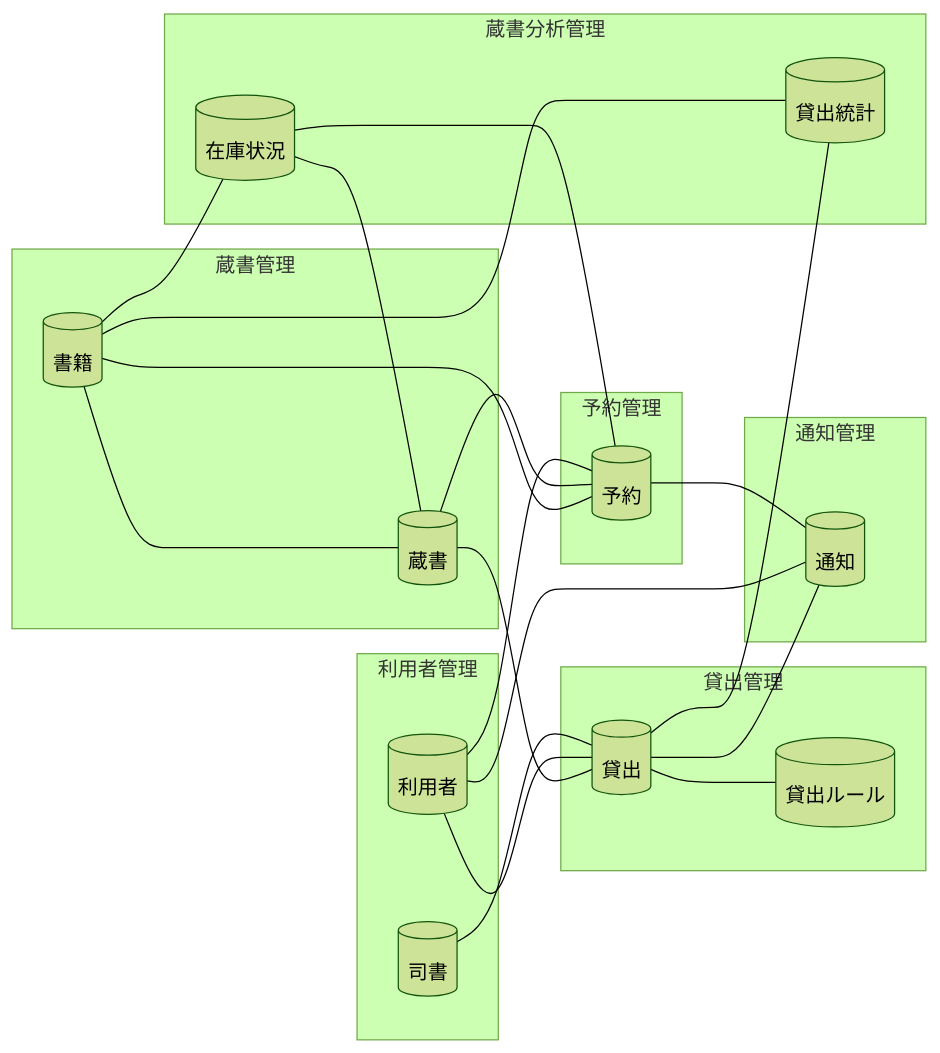
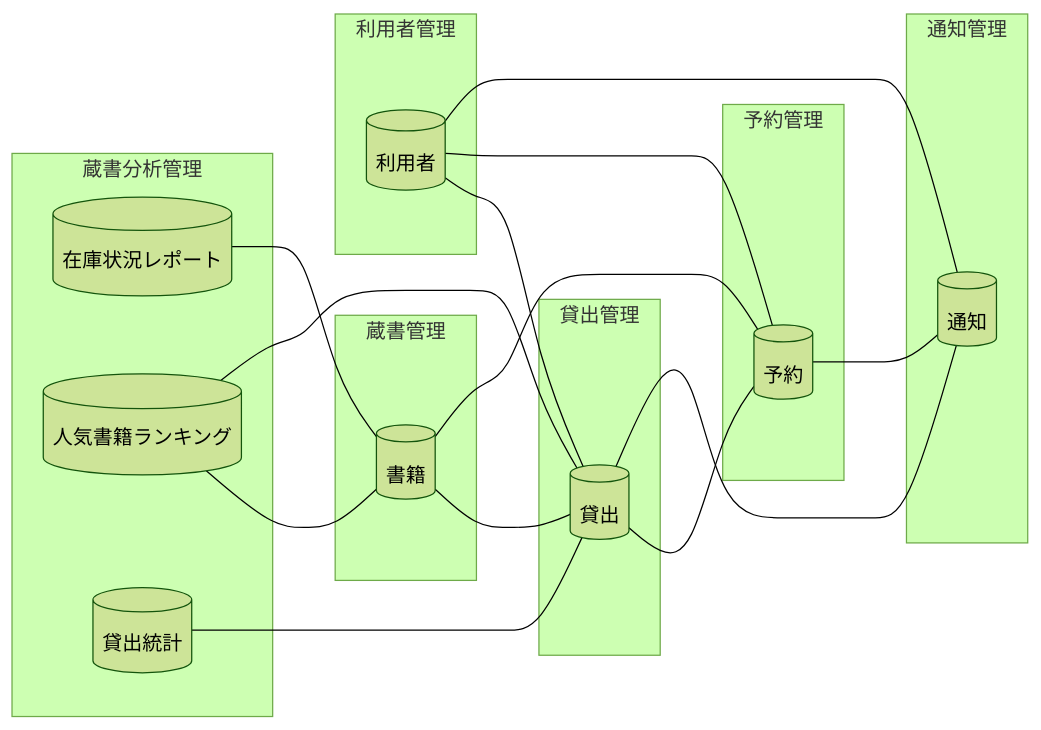
One commit to suwa-sh/suwa-sh-claude-plugins changed the diagram in samples/distillery2/library-loan/docs/requirements/rdra/views/05_情報モデル.md. Above: the diagram before and after it, drawn with Mermaid (forest theme). The commit also changed other lines of this file and 249 other files, not shown here.

````diff
--- a/samples/distillery2/library-loan/docs/requirements/rdra/views/05_情報モデル.md
+++ b/samples/distillery2/library-loan/docs/requirements/rdra/views/05_情報モデル.md
@@ -7,41 +7,35 @@
 ```mermaid
 graph LR
   subgraph CX1["蔵書管理"]
     IF1[("書籍")]
-    IF2[("蔵書")]
   end
   subgraph CX2["利用者管理"]
-    IF3[("利用者")]
-    IF4[("司書")]
+    IF2[("利用者")]
   end
   subgraph CX3["貸出管理"]
-    IF5[("貸出")]
-    IF6[("貸出ルール")]
+    IF3[("貸出")]
   end
   subgraph CX4["予約管理"]
-    IF7[("予約")]
+    IF4[("予約")]
   end
   subgraph CX5["通知管理"]
-    IF8[("通知")]
+    IF5[("通知")]
   end
   subgraph CX6["蔵書分析管理"]
-    IF9[("在庫状況")]
-    IF10[("貸出統計")]
+    IF6[("在庫状況レポート")]
+    IF7[("人気書籍ランキング")]
+    IF8[("貸出統計")]
   end
-  IF1 --- IF2
-  IF1 --- IF7
-  IF1 --- IF9
-  IF1 --- IF10
+  IF1 --- IF3
+  IF1 --- IF4
+  IF2 --- IF3
+  IF2 --- IF4
   IF2 --- IF5
-  IF2 --- IF7
+  IF3 --- IF4
   IF3 --- IF5
-  IF3 --- IF7
-  IF3 --- IF8
   IF4 --- IF5
-  IF5 --- IF8
-  IF5 --- IF6
-  IF5 --- IF10
-  IF7 --- IF8
-  IF9 --- IF2
-  IF9 --- IF7
+  IF6 --- IF1
+  IF7 --- IF1
+  IF7 --- IF3
+  IF8 --- IF3
 ```
````
